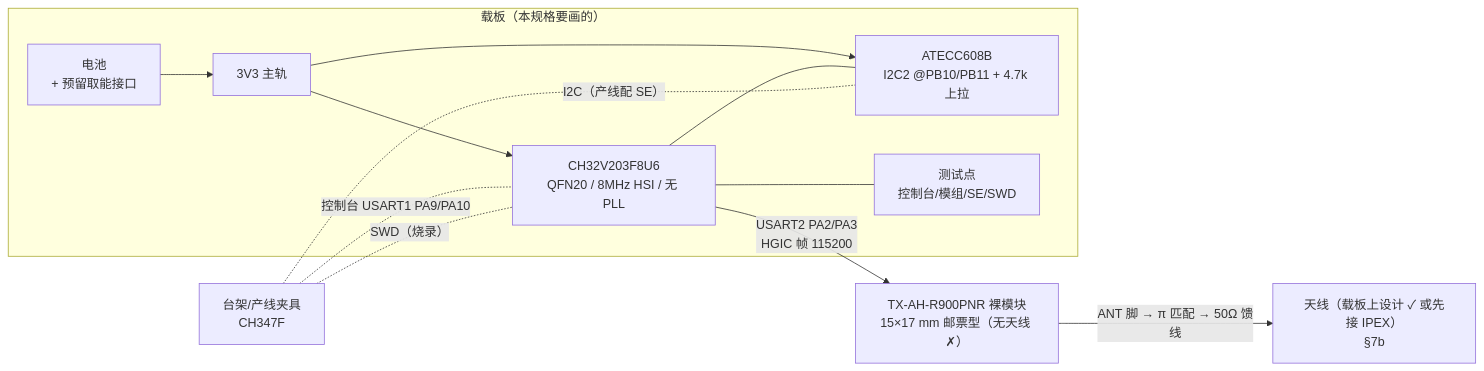
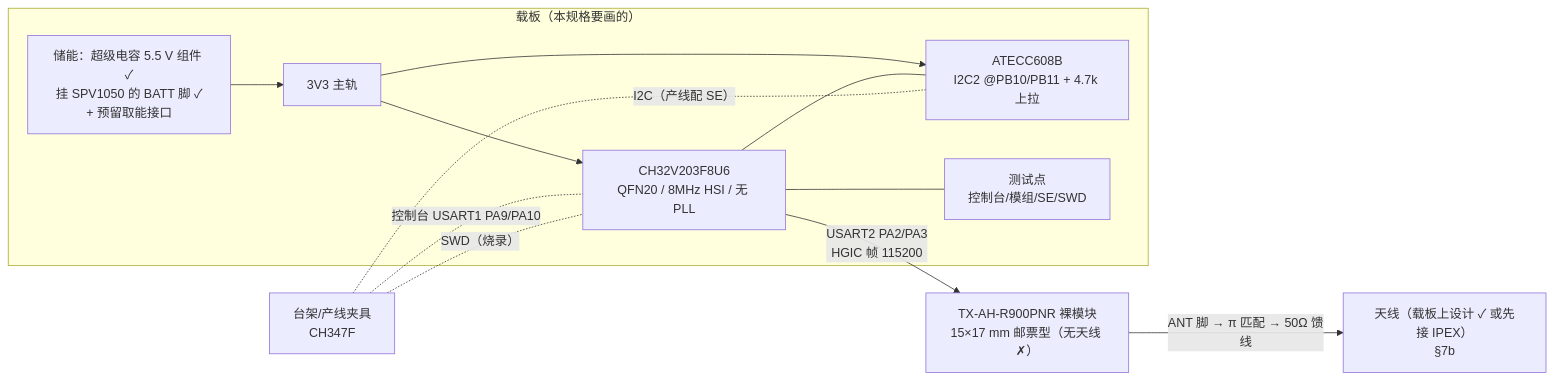
One commit to Orpah/orpah-client-demo changed the first of 3 diagrams in docs/carrier-board-spec.md. Above: the diagram before and after it, drawn with Mermaid. The commit also changed other lines of this file and 4 other files, not shown here.

````diff
--- a/docs/carrier-board-spec.md
+++ b/docs/carrier-board-spec.md
@@ -33,23 +39,23 @@
 ```mermaid
 graph LR
   subgraph 载板["载板（本规格要画的）"]
-    BAT["电池<br/>+ 预留取能接口"]
+    BAT["储能：超级电容 5.5 V 组件 ✓<br/>挂 SPV1050 的 BATT 脚 ✓<br/>+ 预留取能接口"]
     RAIL["3V3 主轨"]
     MCU["CH32V203F8U6<br/>QFN20 / 8MHz HSI / 无 PLL"]
     SE["ATECC608B<br/>I2C2 @PB10/PB11 + 4.7k 上拉"]
     TP["测试点<br/>控制台/模组/SE/SWD"]
     BAT --> RAIL
     RAIL --> MCU
     RAIL --> SE
     MCU --- SE
     MCU --- TP
   end
   MOD["TX-AH-R900PNR 裸模块<br/>15×17 mm 邮票型（无天线 ✗）"]
   ANT["天线（载板上设计 ✓ 或先接 IPEX）<br/>§7b"]
   PC["台架/产线夹具<br/>CH347F"]
   MCU -- "USART2 PA2/PA3<br/>HGIC 帧 115200" --> MOD
   MOD -- "ANT 脚 → π 匹配 → 50Ω 馈线" --> ANT
   PC -. "控制台 USART1 PA9/PA10" .- MCU
   PC -. "I2C（产线配 SE）" .- SE
   PC -. "SWD（烧录）" .- MCU
 ```
````
